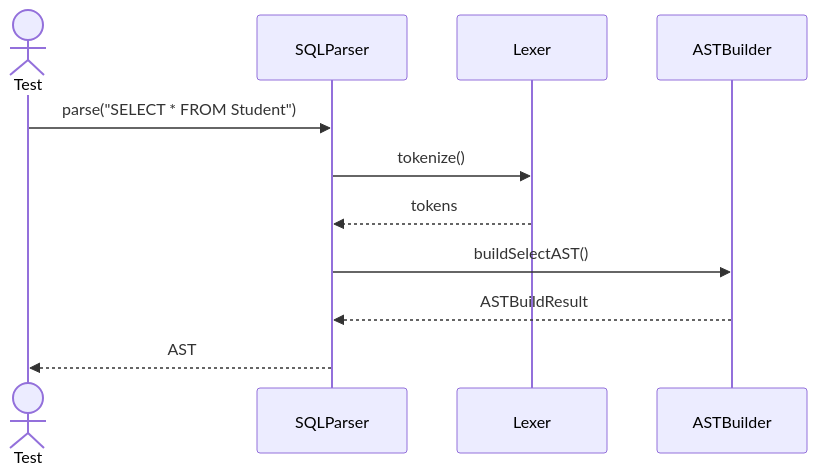
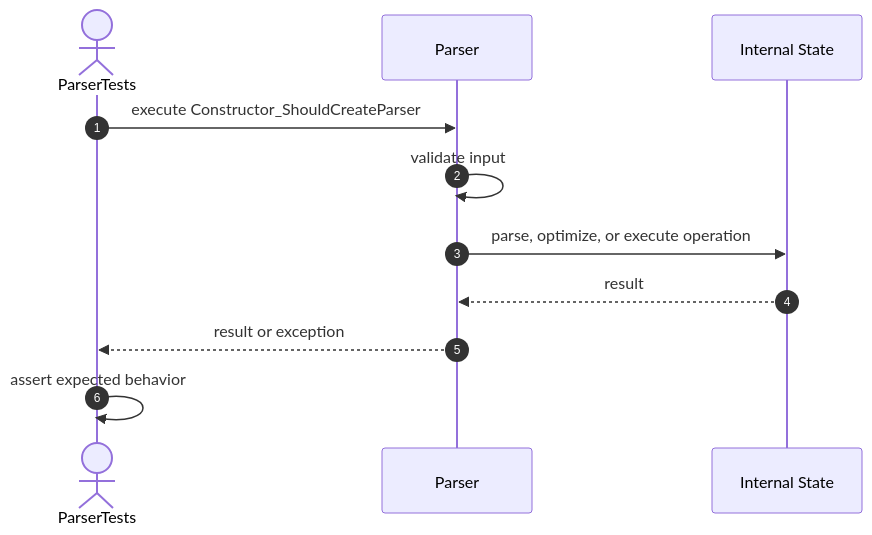
One commit to FhuAnn/-bbv-AN-s-DBMS changed the second of 22 diagrams in src/tests/unit/query/sequences/sql-parser-testing.se.md. Above: the diagram before and after it, drawn with Mermaid. The commit also changed other lines of this file and 36 other files, not shown here.

````diff
--- a/src/tests/unit/query/sequences/sql-parser-testing.se.md
+++ b/src/tests/unit/query/sequences/sql-parser-testing.se.md
@@ -7,14 +20,14 @@
 ```mermaid
 sequenceDiagram
-actor Test
-participant SQLParser
-participant Lexer
-participant ASTBuilder
+    autonumber
+    actor Test as ParserTests
+    participant Target as Parser
+    participant Internal as Internal State
 
-Test->>SQLParser: parse("SELECT * FROM Student")
-SQLParser->>Lexer: tokenize()
-Lexer-->>SQLParser: tokens
-SQLParser->>ASTBuilder: buildSelectAST()
-ASTBuilder-->>SQLParser: ASTBuildResult
-SQLParser-->>Test: AST
+    Test->>Target: execute Constructor_ShouldCreateParser
+    Target->>Target: validate input
+    Target->>Internal: parse, optimize, or execute operation
+    Internal-->>Target: result
+    Target-->>Test: result or exception
+    Test->>Test: assert expected behavior
 ```
````
